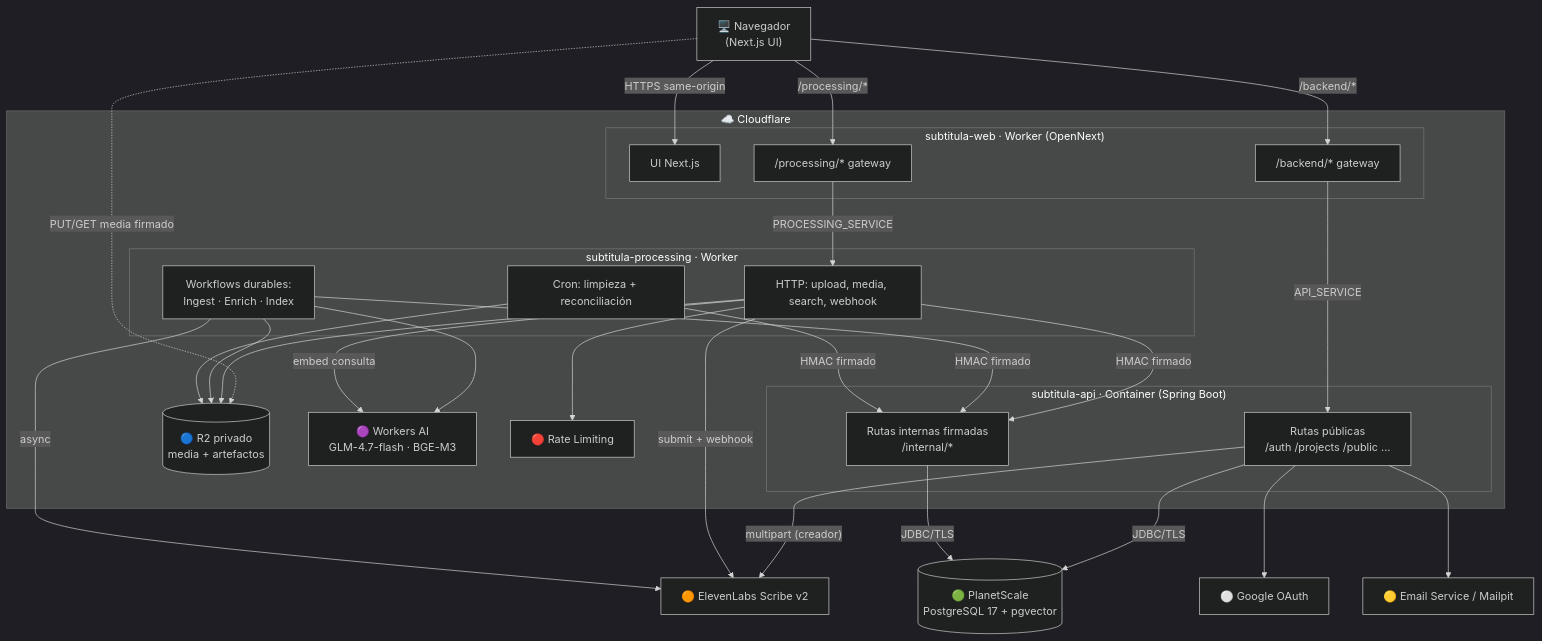
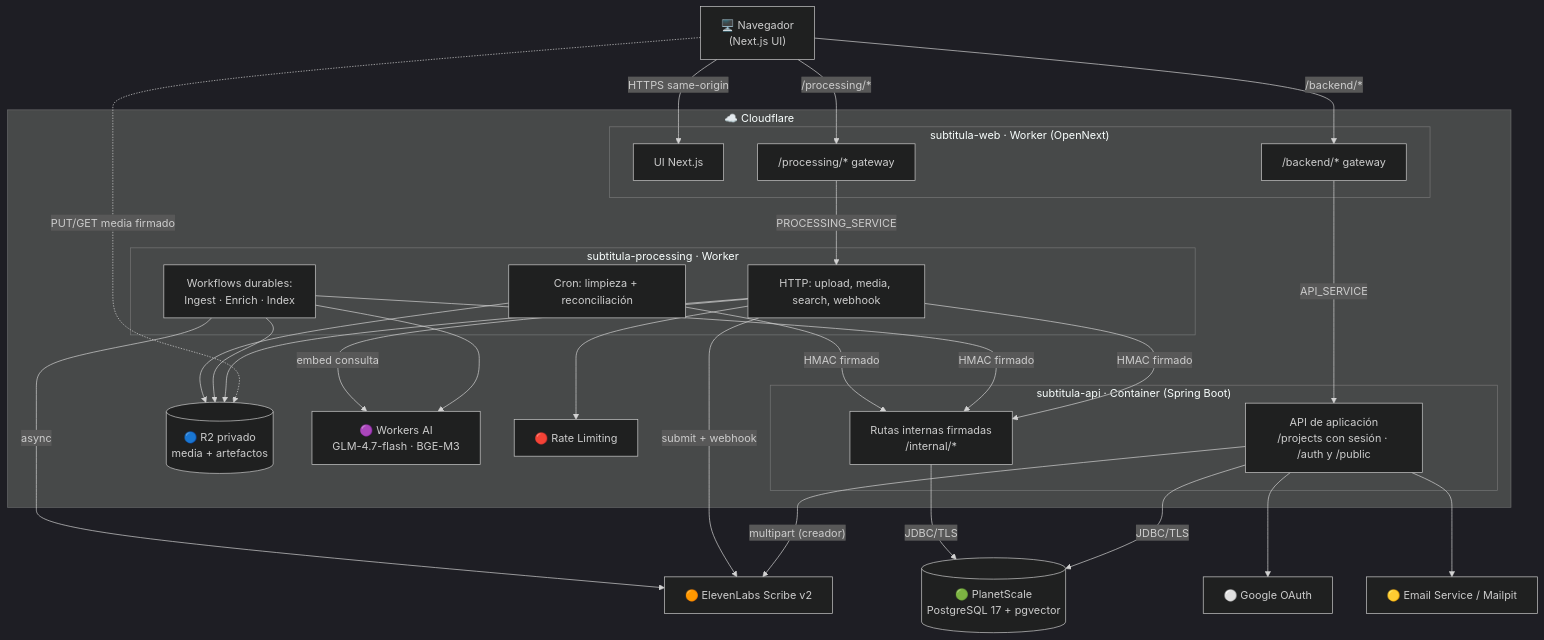
One commit to s-counago/subtitula-gal-api changed the second of 9 diagrams in docs/product/architecture-flows.md. Above: the diagram before and after it, drawn with Mermaid (dark theme). The commit also changed other lines of this file and 17 other files, not shown here.

````diff
--- a/docs/product/architecture-flows.md
+++ b/docs/product/architecture-flows.md
@@ -49,58 +101,58 @@
 ```mermaid
 flowchart TB
     Browser["🖥️ Navegador<br/>(Next.js UI)"]
 
     subgraph CF["☁️ Cloudflare"]
         subgraph WEB["subtitula-web · Worker (OpenNext)"]
             UI["UI Next.js"]
             GWB["/backend/* gateway"]
             GWP["/processing/* gateway"]
         end
 
         subgraph API["subtitula-api · Container (Spring Boot)"]
-            SpringPub["Rutas públicas<br/>/auth /projects /public ..."]
+            SpringPub["API de aplicación<br/>/projects con sesión · /auth y /public"]
             SpringInt["Rutas internas firmadas<br/>/internal/*"]
         end
 
         subgraph PROC["subtitula-processing · Worker"]
             ProcHttp["HTTP: upload, media, search, webhook"]
             WF["Workflows durables:<br/>Ingest · Enrich · Index"]
             Cron["Cron: limpieza + reconciliación"]
         end
 
         R2[("🔵 R2 privado<br/>media + artefactos")]
         AI["🟣 Workers AI<br/>GLM-4.7-flash · BGE-M3"]
         RL["🔴 Rate Limiting"]
     end
 
     PG[("🟢 PlanetScale<br/>PostgreSQL 17 + pgvector")]
     EL["🟠 ElevenLabs Scribe v2"]
     Google["⚪ Google OAuth"]
     Mail["🟡 Email Service / Mailpit"]
 
     Browser -->|"HTTPS same-origin"| UI
     Browser -->|"/backend/*"| GWB
     Browser -->|"/processing/*"| GWP
     Browser -.->|"PUT/GET media firmado"| R2
 
     GWB -->|"API_SERVICE"| SpringPub
     GWP -->|"PROCESSING_SERVICE"| ProcHttp
 
     SpringPub -->|"JDBC/TLS"| PG
     SpringInt -->|"JDBC/TLS"| PG
     SpringPub -->|"multipart (creador)"| EL
     SpringPub --> Google
     SpringPub --> Mail
 
     ProcHttp -->|"HMAC firmado"| SpringInt
     ProcHttp --> R2
     ProcHttp --> RL
     ProcHttp -->|"submit + webhook"| EL
     WF --> R2
     WF --> AI
     WF -->|"HMAC firmado"| SpringInt
     WF -->|"async"| EL
     ProcHttp -->|"embed consulta"| AI
     Cron --> R2
     Cron -->|"HMAC firmado"| SpringInt
 ```
````
